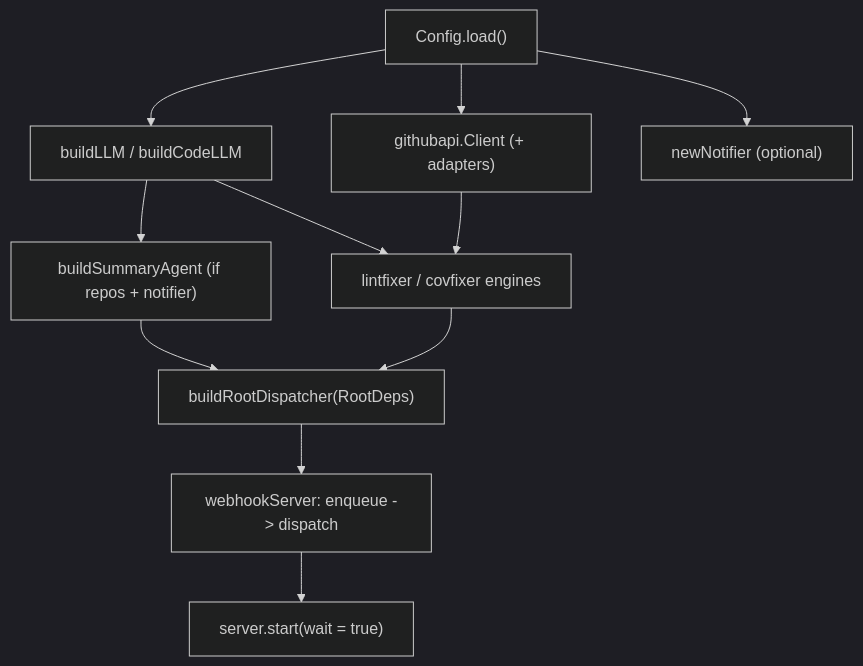
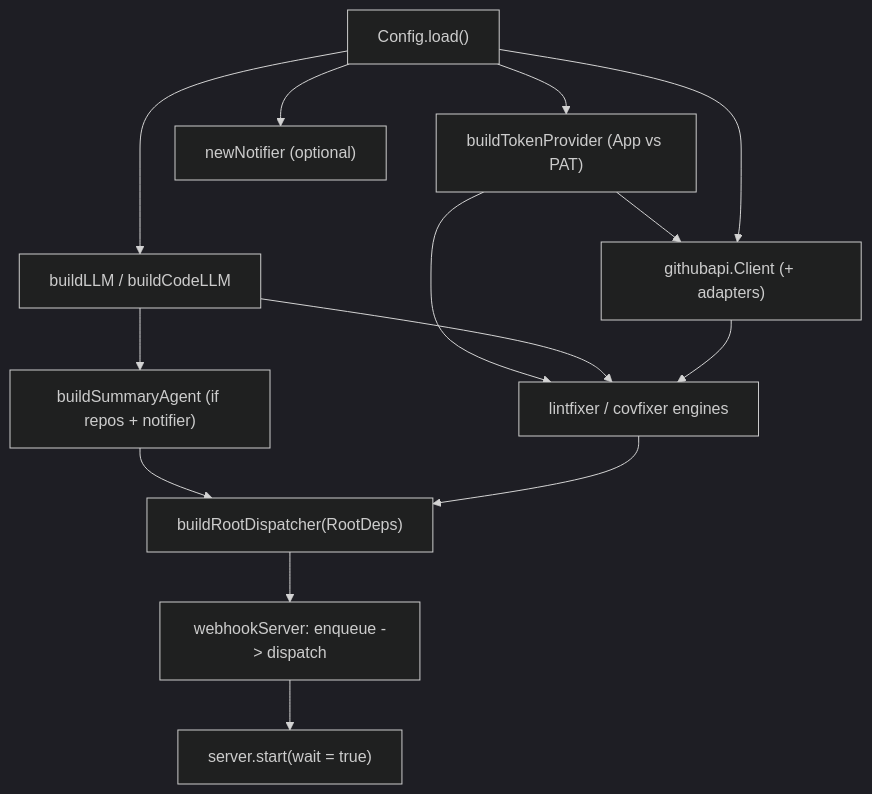
One commit to jkjamies/automation-agent changed the diagram in kotlin/src/main/kotlin/com/automation/agent/app/AGENTS.md. Above: the diagram before and after it, drawn with Mermaid (dark theme). The commit also changed other lines of this file and 23 other files, not shown here.

````diff
--- a/kotlin/src/main/kotlin/com/automation/agent/app/AGENTS.md
+++ b/kotlin/src/main/kotlin/com/automation/agent/app/AGENTS.md
@@ -8,13 +8,16 @@
 ```mermaid
 flowchart TD
     Cfg["Config.load()"] --> LLM["buildLLM / buildCodeLLM"]
-    Cfg --> GH["githubapi.Client (+ adapters)"]
+    Cfg --> AUTH["buildTokenProvider (App vs PAT)"]
+    AUTH --> GH["githubapi.Client (+ adapters)"]
+    AUTH --> FIX
+    Cfg --> GH
     Cfg --> N["newNotifier (optional)"]
     LLM --> SUM["buildSummaryAgent (if repos + notifier)"]
     LLM --> FIX["lintfixer / covfixer engines"]
     GH --> FIX
     SUM --> DISP["buildRootDispatcher(RootDeps)"]
     FIX --> DISP
     DISP --> WH["webhookServer: enqueue -> dispatch"]
     WH --> RUN["server.start(wait = true)"]
 ```
````
